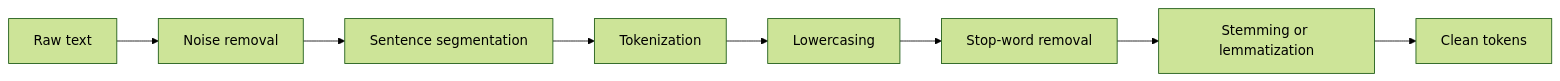
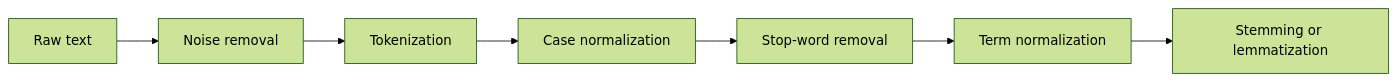
One commit to TrendySloth1001/sem-seven-notes changed the diagram in content/natural-language-processing/pyq/2024-12-ce/q2b.mdx. Above: the diagram before and after it, drawn with Mermaid (forest theme). The commit also changed other lines of this file and 406 other files, not shown here.

````diff
--- a/content/natural-language-processing/pyq/2024-12-ce/q2b.mdx
+++ b/content/natural-language-processing/pyq/2024-12-ce/q2b.mdx
@@ -9,11 +11,10 @@
 ```mermaid
-%% caption: A usual preprocessing pipeline. Each step passes cleaner text to the next; the exact order and choice of steps depends on the task.
+%% caption: The text processing pipeline. Raw text goes in; clean terms ready for indexing come out.
 flowchart LR
   A["Raw text"] --> B["Noise removal"]
-  B --> C["Sentence segmentation"]
-  C --> D["Tokenization"]
-  D --> E["Lowercasing"]
-  E --> F["Stop-word removal"]
+  B --> C["Tokenization"]
+  C --> D["Case normalization"]
+  D --> E["Stop-word removal"]
+  E --> F["Term normalization"]
   F --> G["Stemming or lemmatization"]
-  G --> H["Clean tokens"]
 ```
````
